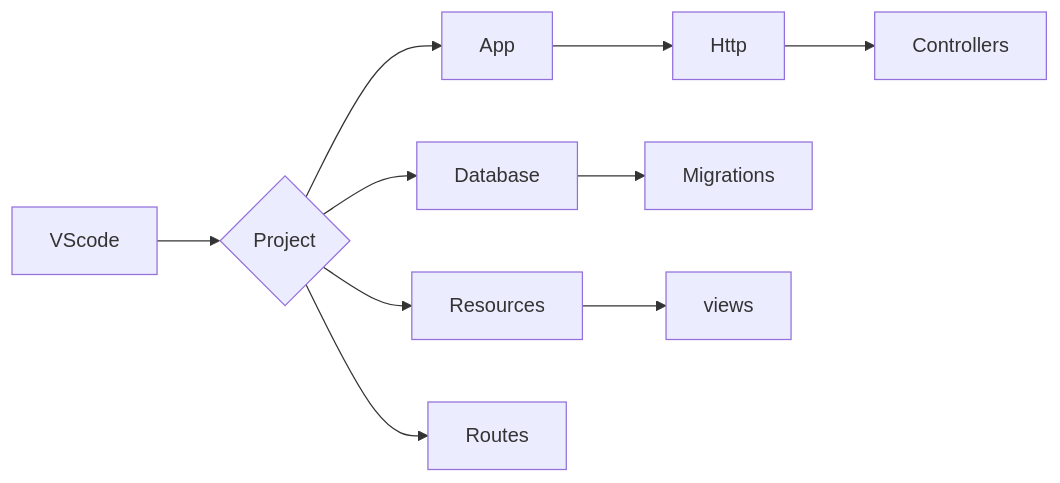
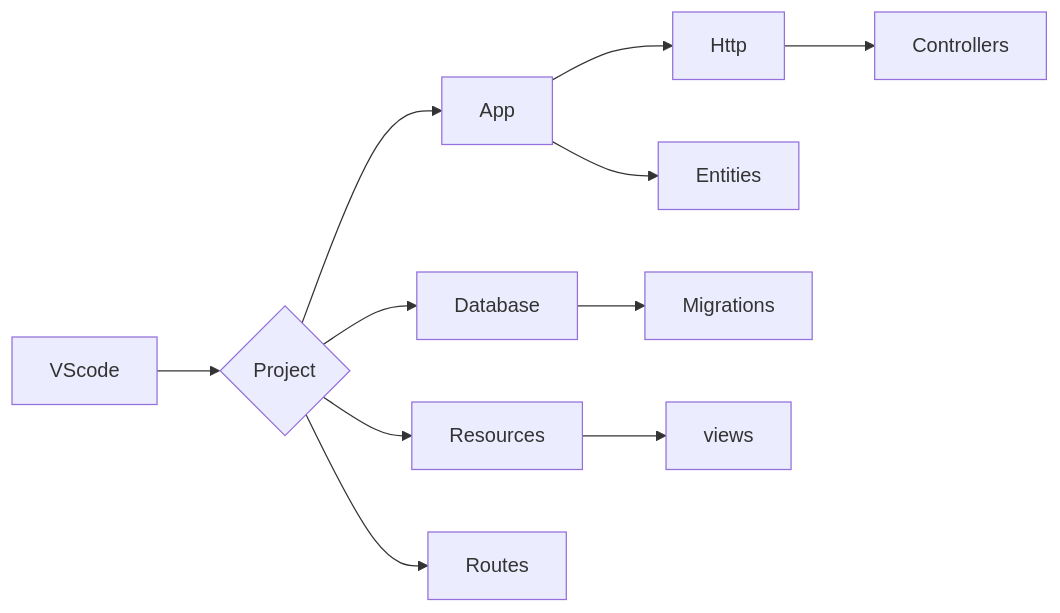
The diagram in readme.md (SauloCandeira/PHP-Laravel), drawn with Mermaid before and after one commit.

````diff
--- a/readme.md
+++ b/readme.md
@@ -19,17 +19,19 @@
 ```mermaid
 flowchart LR
 B[VScode]
 
 B --> C{Project}
 C --> R[App]
 
 R --> L[Http]
 L --> M[Controllers]
 
+R --> S[Entities]
+
 C --> P[Database]
 P --> Q[Migrations]
 
 C --> N[Resources]
 N --> O[views]
 C --> K[Routes]
 ```
````
